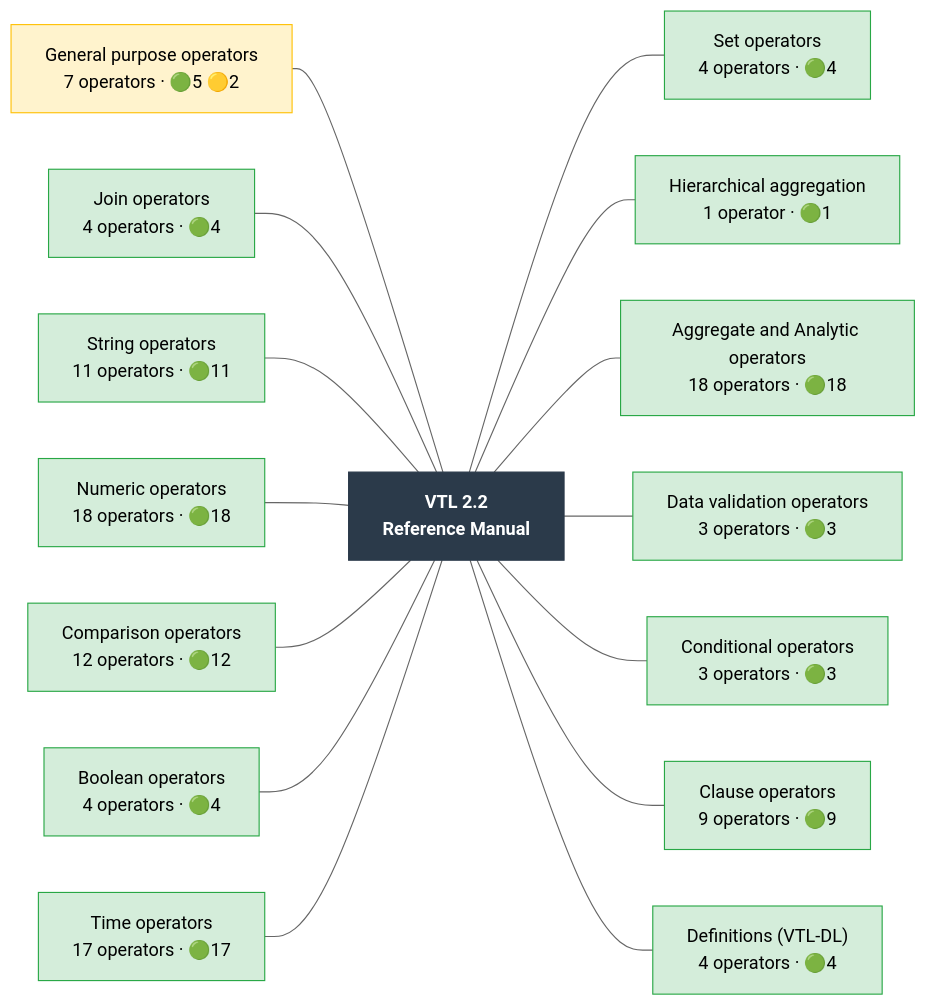
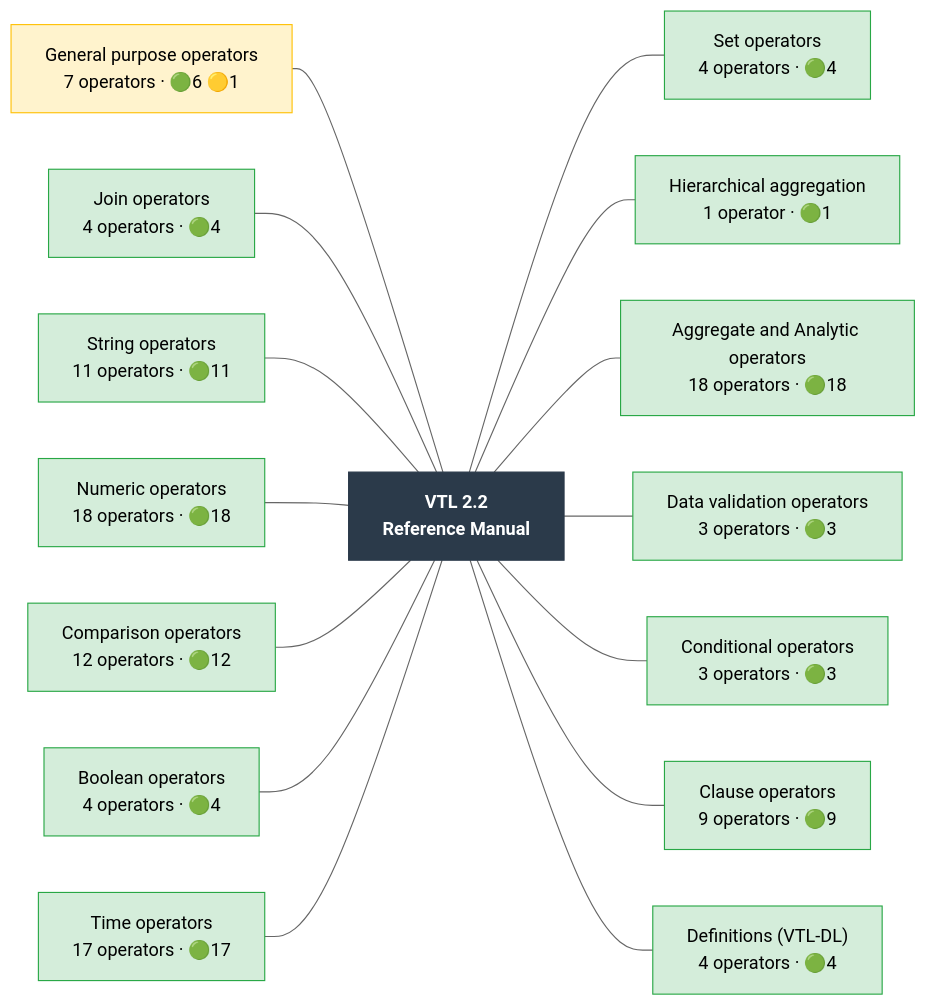
Before and after one commit to Meaningful-Data/vtlengine: the diagram in docs/operator_map/overview.rst, drawn with Mermaid (neutral theme). The commit also changed other lines of this file and 86 other files, not shown here.

```diff
--- a/docs/operator_map/overview.rst
+++ b/docs/operator_map/overview.rst
@@ -17,54 +17,54 @@
 .. mermaid::
    :config: {"flowchart": {"useMaxWidth": false}}
 
    flowchart LR
        classDef ok fill:#d4edda,stroke:#28a745,color:#000
        classDef partial fill:#fff3cd,stroke:#ffc107,color:#000
        classDef refused fill:#d4edda,stroke:#28a745,stroke-width:3px,stroke-dasharray: 2 2,color:#000
        classDef missing fill:#f8d7da,stroke:#dc3545,color:#000
        classDef diverge fill:#cce5ff,stroke:#007bff,color:#000
        classDef block fill:#2b3a4a,stroke:#2b3a4a,color:#fff,font-weight:bold
        classDef ext fill:#fff,stroke:#666,color:#000,stroke-dasharray: 5 5
        R["VTL 2.2<br/>Reference Manual"]:::block
-       chapter__general["General purpose operators<br/>7 operators · 🟢5 🟡2"]:::partial
+       chapter__general["General purpose operators<br/>7 operators · 🟢6 🟡1"]:::partial
        chapter__join["Join operators<br/>4 operators · 🟢4"]:::ok
        chapter__string["String operators<br/>11 operators · 🟢11"]:::ok
        chapter__numeric["Numeric operators<br/>18 operators · 🟢18"]:::ok
        chapter__comparison["Comparison operators<br/>12 operators · 🟢12"]:::ok
        chapter__boolean["Boolean operators<br/>4 operators · 🟢4"]:::ok
        chapter__time["Time operators<br/>17 operators · 🟢17"]:::ok
        chapter__set["Set operators<br/>4 operators · 🟢4"]:::ok
        chapter__hierarchy["Hierarchical aggregation<br/>1 operator · 🟢1"]:::ok
        chapter__aggregate["Aggregate and Analytic operators<br/>18 operators · 🟢18"]:::ok
        chapter__validation["Data validation operators<br/>3 operators · 🟢3"]:::ok
        chapter__conditional["Conditional operators<br/>3 operators · 🟢3"]:::ok
        chapter__clause["Clause operators<br/>9 operators · 🟢9"]:::ok
        chapter__definitions["Definitions (VTL-DL)<br/>4 operators · 🟢4"]:::ok
        chapter__general --- R
        chapter__join --- R
        chapter__string --- R
        chapter__numeric --- R
        chapter__comparison --- R
        chapter__boolean --- R
        chapter__time --- R
        R --- chapter__set
        R --- chapter__hierarchy
        R --- chapter__aggregate
        R --- chapter__validation
        R --- chapter__conditional
        R --- chapter__clause
        R --- chapter__definitions
        click chapter__general href "general/index.html"
        click chapter__join href "join/index.html"
        click chapter__string href "string/index.html"
        click chapter__numeric href "numeric/index.html"
        click chapter__comparison href "comparison/index.html"
        click chapter__boolean href "boolean/index.html"
        click chapter__time href "time/index.html"
        click chapter__set href "set/index.html"
        click chapter__hierarchy href "hierarchy/index.html"
        click chapter__aggregate href "aggregate/index.html"
        click chapter__validation href "validation/index.html"
        click chapter__conditional href "conditional/index.html"
        click chapter__clause href "clause/index.html"
        click chapter__definitions href "definitions/index.html"
```
